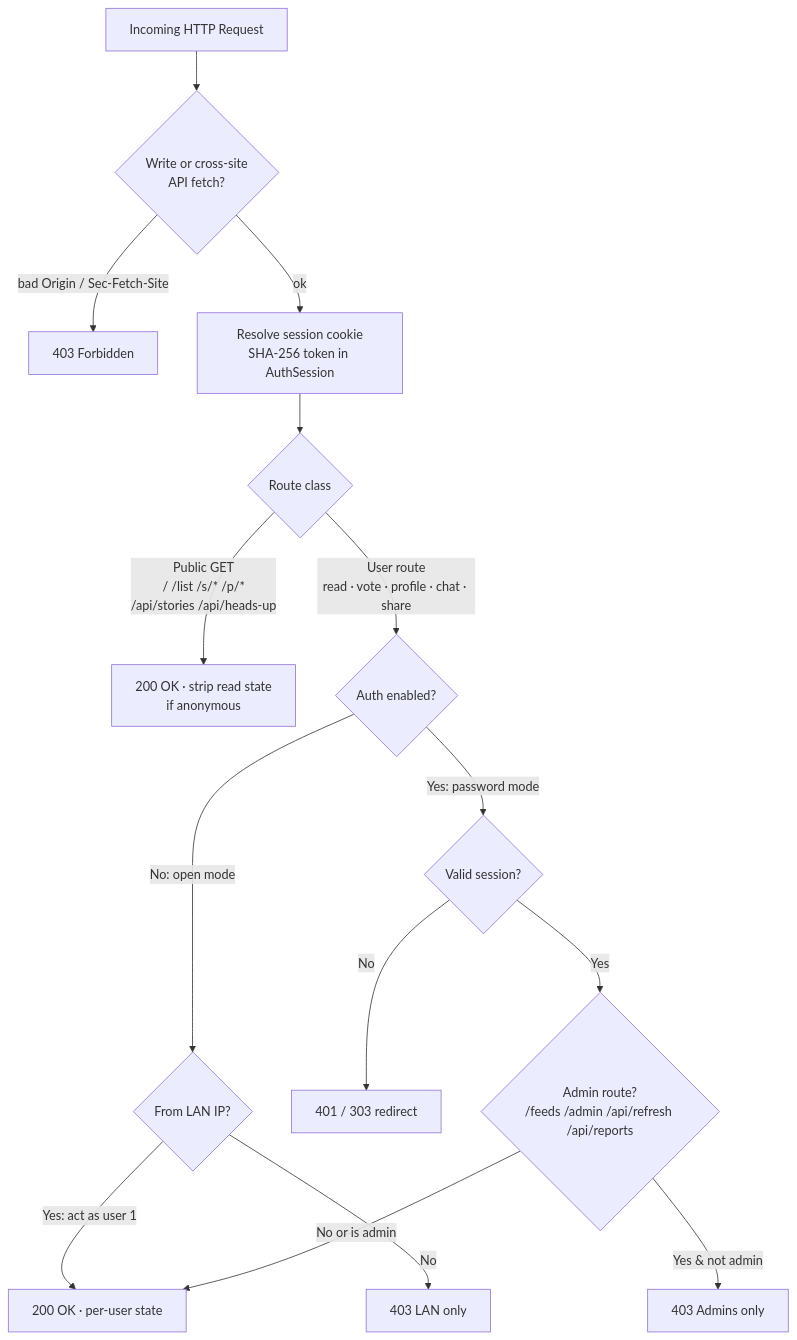
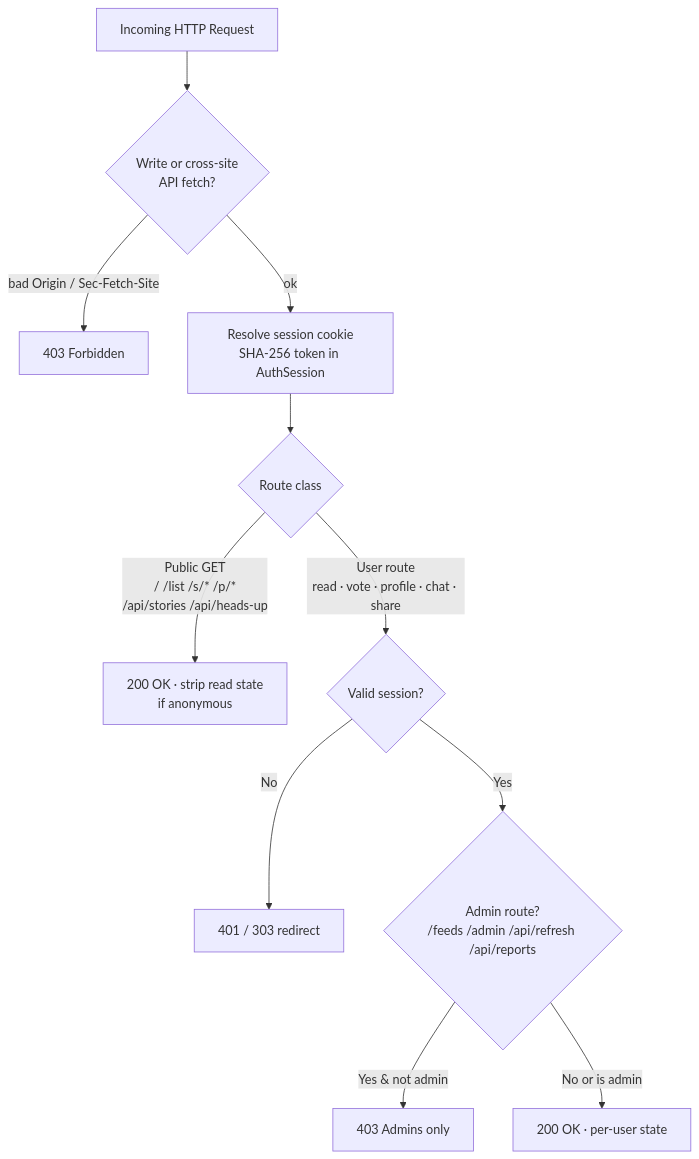
Before and after one commit to Progaros/NewsCompact: the second of 2 diagrams in README.md, drawn with Mermaid. The commit also changed other lines of this file and 36 other files, not shown here.

````diff
--- a/README.md
+++ b/README.md
@@ -105,18 +104,14 @@
 ```mermaid
 flowchart TD
   Req[Incoming HTTP Request] --> Origin{Write or cross-site<br/>API fetch?}
   Origin -->|bad Origin / Sec-Fetch-Site| E403C[403 Forbidden]
   Origin -->|ok| Cookie[Resolve session cookie<br/>SHA-256 token in AuthSession]
   Cookie --> Route{Route class}
 
   Route -->|Public GET<br/>/ /list /s/* /p/*<br/>/api/stories /api/heads-up| Pub[200 OK · strip read state<br/>if anonymous]
-  Route -->|User route<br/>read · vote · profile · chat · share| Mode{Auth enabled?}
-  Mode -->|No: open mode| LAN{From LAN IP?}
-  LAN -->|Yes: act as user 1| UserOK[200 OK · per-user state]
-  LAN -->|No| E403L[403 LAN only]
-  Mode -->|Yes: password mode| SignedIn{Valid session?}
+  Route -->|User route<br/>read · vote · profile · chat · share| SignedIn{Valid session?}
   SignedIn -->|No| E401[401 / 303 redirect]
   SignedIn -->|Yes| AdminCheck{Admin route?<br/>/feeds /admin /api/refresh /api/reports}
   AdminCheck -->|Yes & not admin| E403A[403 Admins only]
-  AdminCheck -->|No or is admin| UserOK
+  AdminCheck -->|No or is admin| UserOK[200 OK · per-user state]
 ```
````
